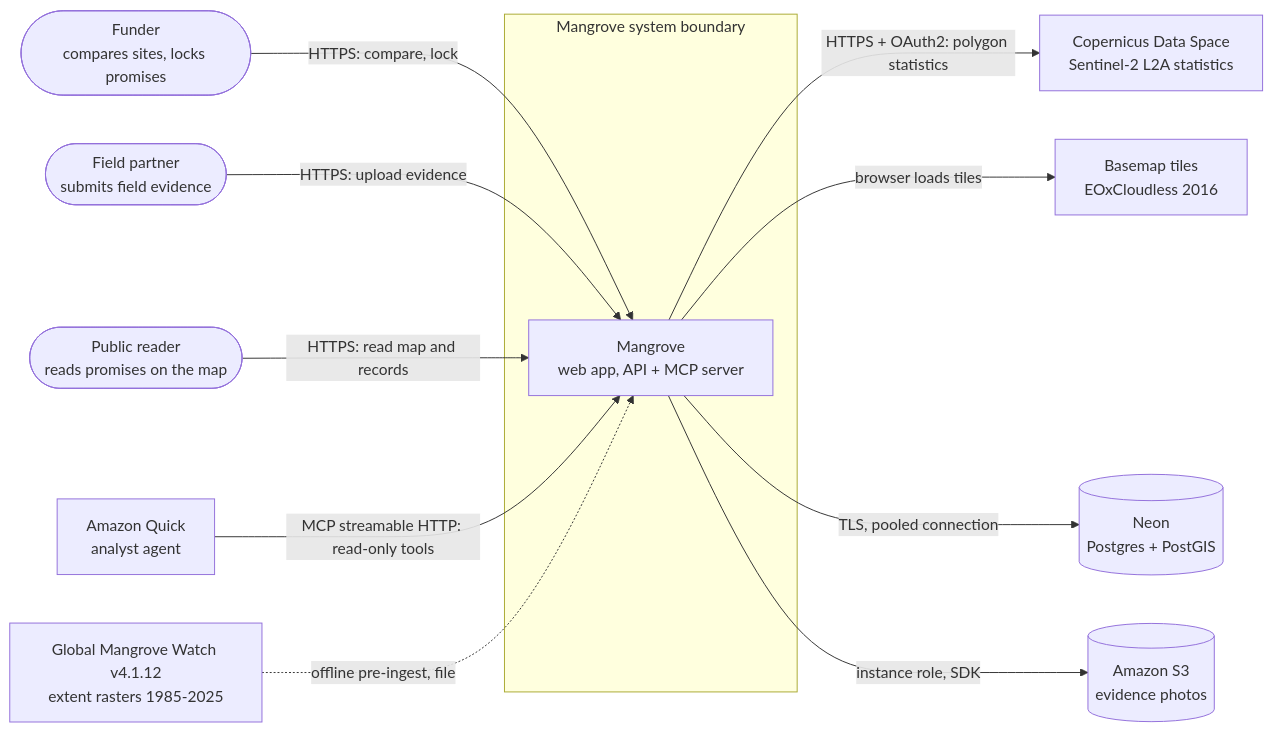
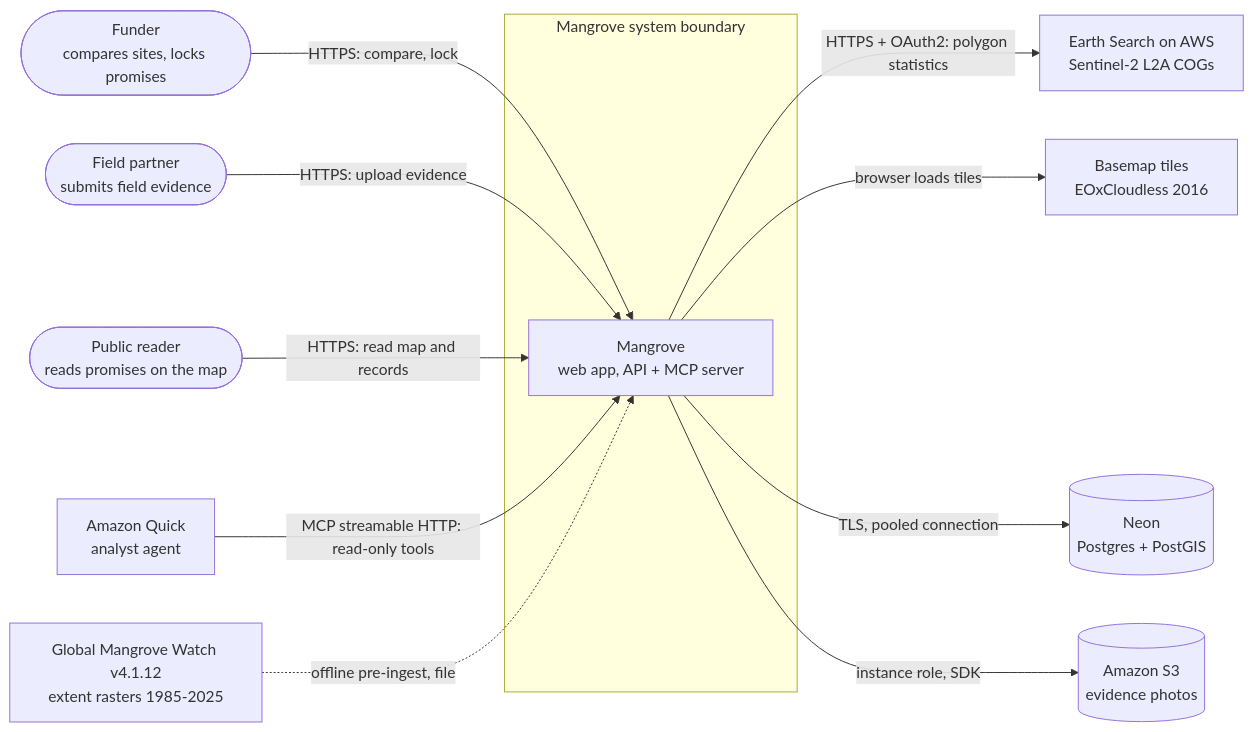
The first of 3 diagrams in docs/system-design.md (DavidBatoDev/mangrove), drawn with Mermaid before and after one commit. The commit also changed other lines of this file and 8 other files, not shown here.

First line of the commit message:
docs: Sentinel-2 from Earth Search COGs (ADR-042, DEC-012)

````diff
--- a/docs/system-design.md
+++ b/docs/system-design.md
@@ -17,24 +17,24 @@
 ```mermaid
 flowchart LR
   funder([Funder<br/>compares sites, locks promises])
   partner([Field partner<br/>submits field evidence])
   public([Public reader<br/>reads promises on the map])
   quick[Amazon Quick<br/>analyst agent]
   subgraph boundary [Mangrove system boundary]
     mangrove[Mangrove<br/>web app, API + MCP server]
   end
-  cdse[Copernicus Data Space<br/>Sentinel-2 L2A statistics]
+  cdse[Earth Search on AWS<br/>Sentinel-2 L2A COGs]
   tiles[Basemap tiles<br/>EOxCloudless 2016]
   neon[(Neon<br/>Postgres + PostGIS)]
   s3[(Amazon S3<br/>evidence photos)]
   gmw[Global Mangrove Watch v4.1.12<br/>extent rasters 1985-2025]
   funder -->|HTTPS: compare, lock| mangrove
   partner -->|HTTPS: upload evidence| mangrove
   public -->|HTTPS: read map and records| mangrove
   quick -->|MCP streamable HTTP: read-only tools| mangrove
   mangrove -->|HTTPS + OAuth2: polygon statistics| cdse
   mangrove -->|browser loads tiles| tiles
   mangrove -->|TLS, pooled connection| neon
   mangrove -->|instance role, SDK| s3
   gmw -.->|offline pre-ingest, file| mangrove
 ```
````
